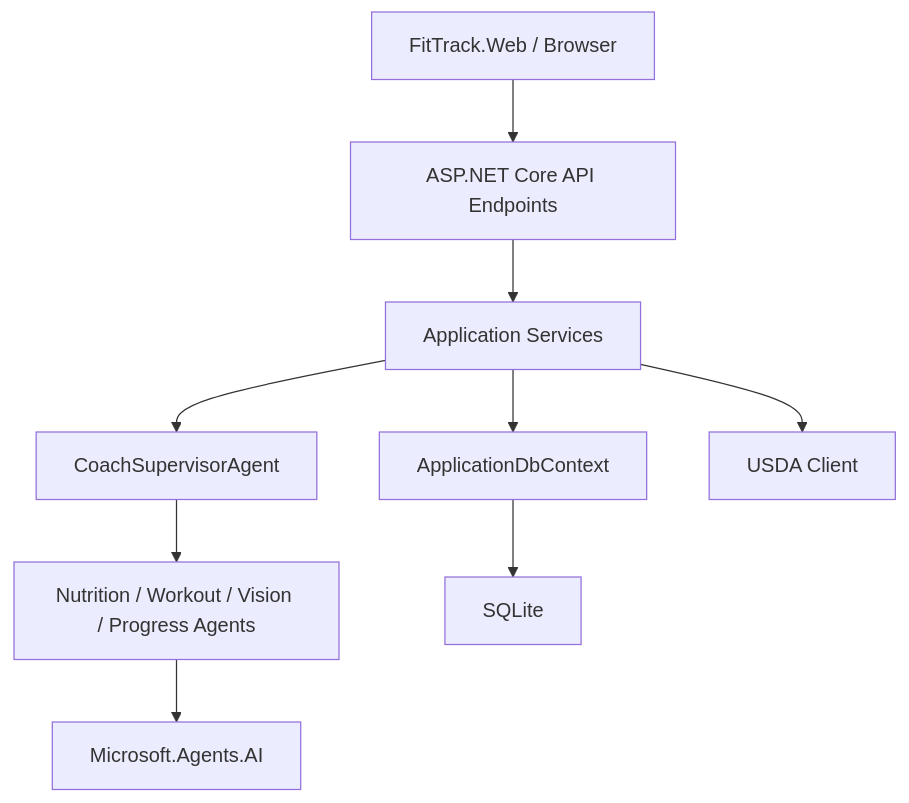
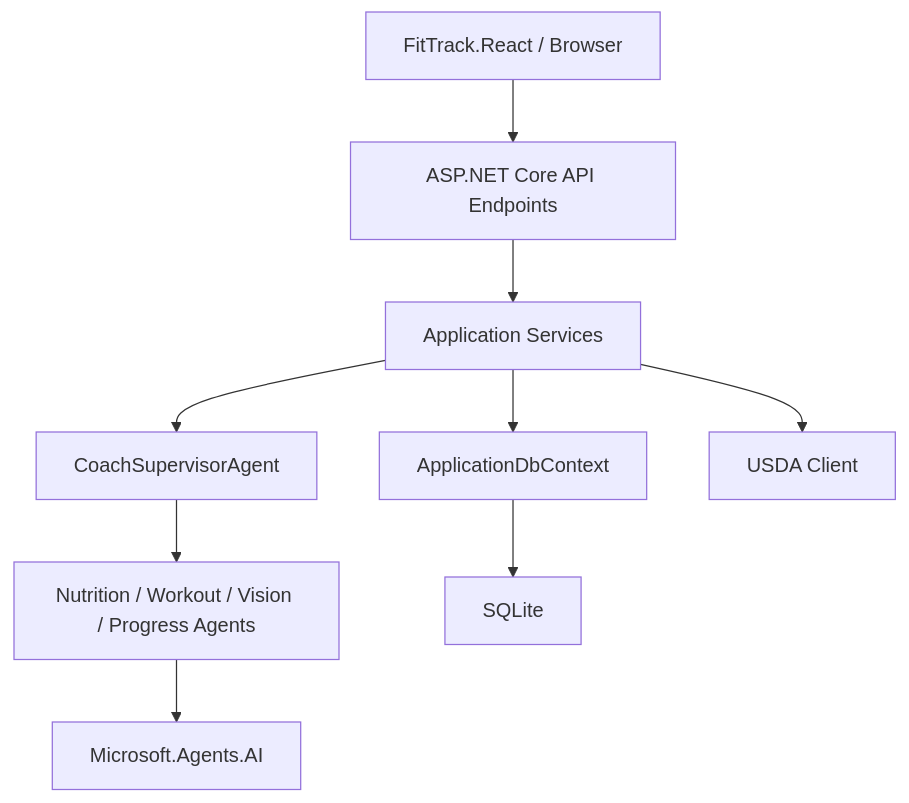
Before and after one commit to remixu1994/FitTrack: the third of 4 diagrams in ARCHITECTURE.md, drawn with Mermaid. The commit also changed other lines of this file and 53 other files, not shown here.

Commit message:
重命名并迁移 FitTrack.React，新增联调启动脚本

````diff
--- a/ARCHITECTURE.md
+++ b/ARCHITECTURE.md
@@ -153,11 +153,11 @@
 ```mermaid
 flowchart TD
-    A["FitTrack.Web / Browser"] --> B["ASP.NET Core API Endpoints"]
+    A["FitTrack.React / Browser"] --> B["ASP.NET Core API Endpoints"]
     B --> C["Application Services"]
     C --> D["CoachSupervisorAgent"]
     D --> E["Nutrition / Workout / Vision / Progress Agents"]
     C --> F["ApplicationDbContext"]
     F --> G["SQLite"]
     C --> H["USDA Client"]
     E --> I["Microsoft.Agents.AI"]
 ```
````
